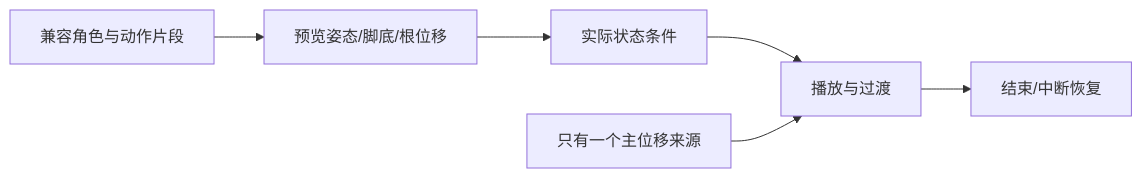
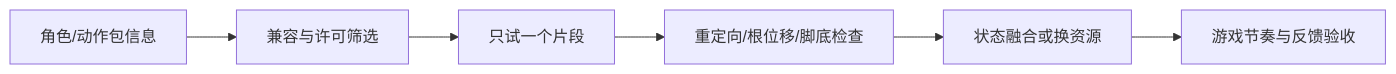
One commit to Zilur/ai-3d-game-learning changed the diagram in curriculum/dialogues/D05.md. Above: the diagram before and after it, drawn with Mermaid. The commit also changed other lines of this file and 57 other files, not shown here.

````diff
--- a/curriculum/dialogues/D05.md
+++ b/curriculum/dialogues/D05.md
@@ -27,8 +27,8 @@
 ```mermaid
 flowchart LR
- S["兼容角色与动作片段"] --> P["预览姿态/脚底/根位移"]
- P --> C["实际状态条件"]
- C --> A["播放与过渡"]
- A --> R["结束/中断恢复"]
- M["只有一个主位移来源"] --> A
+  P["角色/动作包信息"] --> C["兼容与许可筛选"]
+  C --> T["只试一个片段"]
+  T --> R["重定向/根位移/脚底检查"]
+  R --> B["状态融合或换资源"]
+  B --> G["游戏节奏与反馈验收"]
 ```
````
